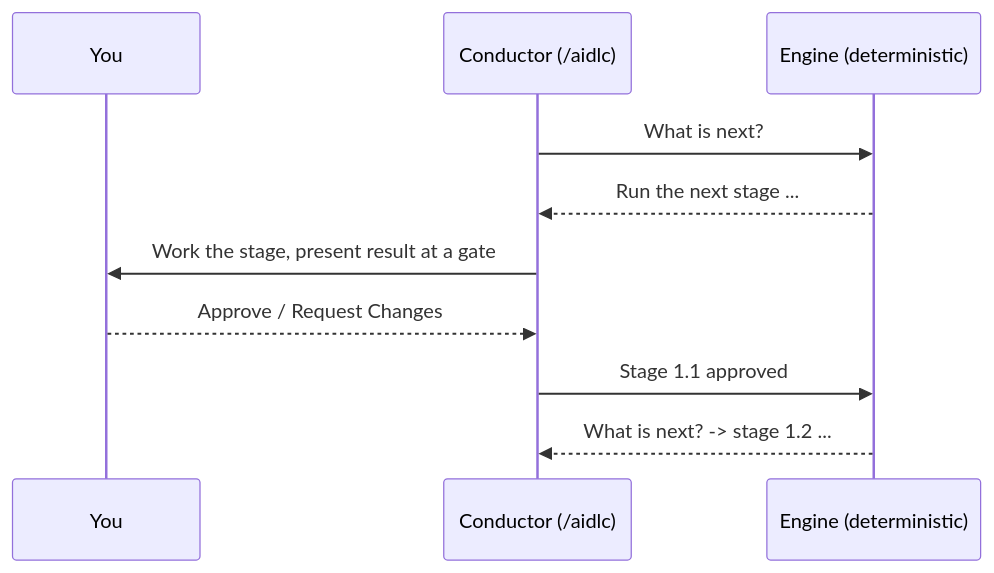
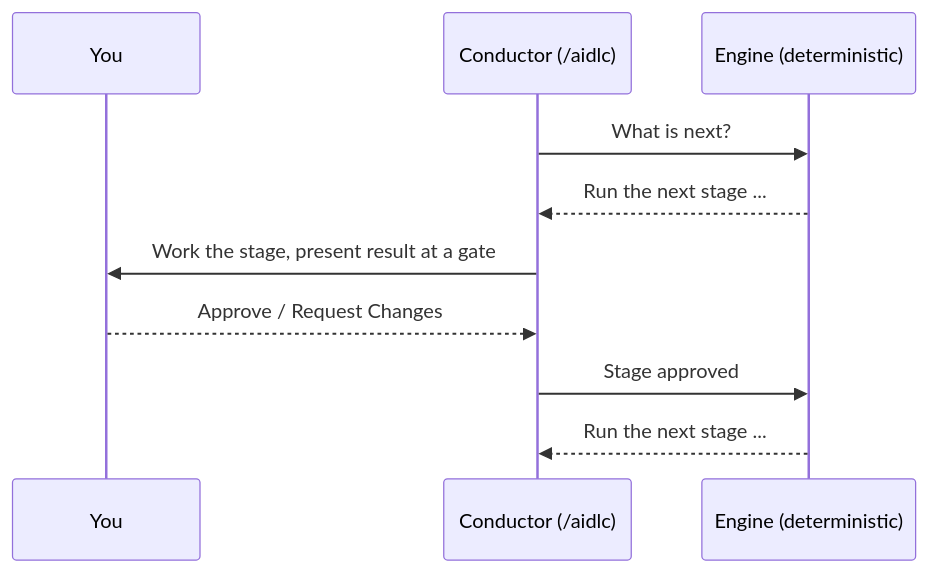
Before and after one commit to awslabs/aidlc-workflows: the diagram in docs/guide/onboarding.md, drawn with Mermaid. The commit also changed other lines of this file, not shown here.

Commit message:
docs: clarify scope prerequisites and onboarding diagram

````diff
--- a/docs/guide/onboarding.md
+++ b/docs/guide/onboarding.md
@@ -39,12 +39,12 @@
 ```mermaid
 sequenceDiagram
     participant You
     participant Conductor as Conductor (/aidlc)
     participant Engine as Engine (deterministic)
     Conductor->>Engine: What is next?
     Engine-->>Conductor: Run the next stage ...
     Conductor->>You: Work the stage, present result at a gate
     You-->>Conductor: Approve / Request Changes
-    Conductor->>Engine: Stage 1.1 approved
-    Engine-->>Conductor: What is next? -> stage 1.2 ...
+    Conductor->>Engine: Stage approved
+    Engine-->>Conductor: Run the next stage ...
 ```
````
